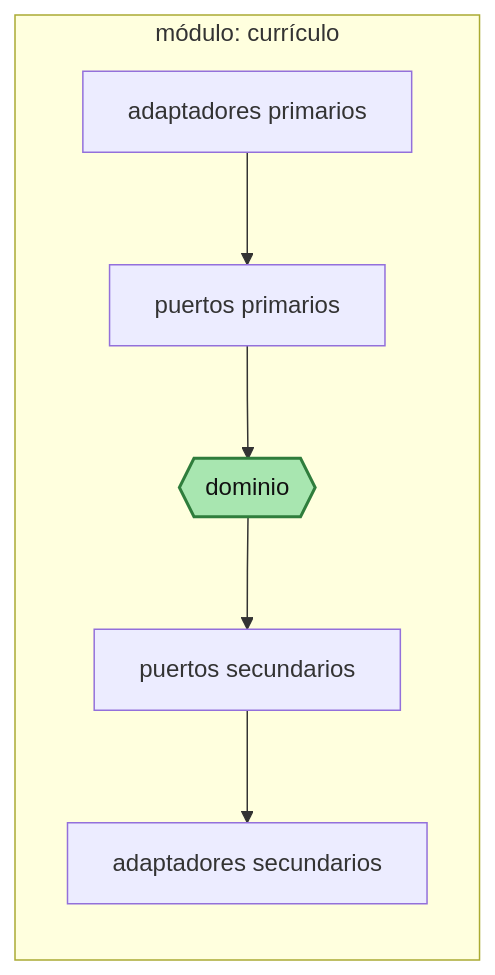
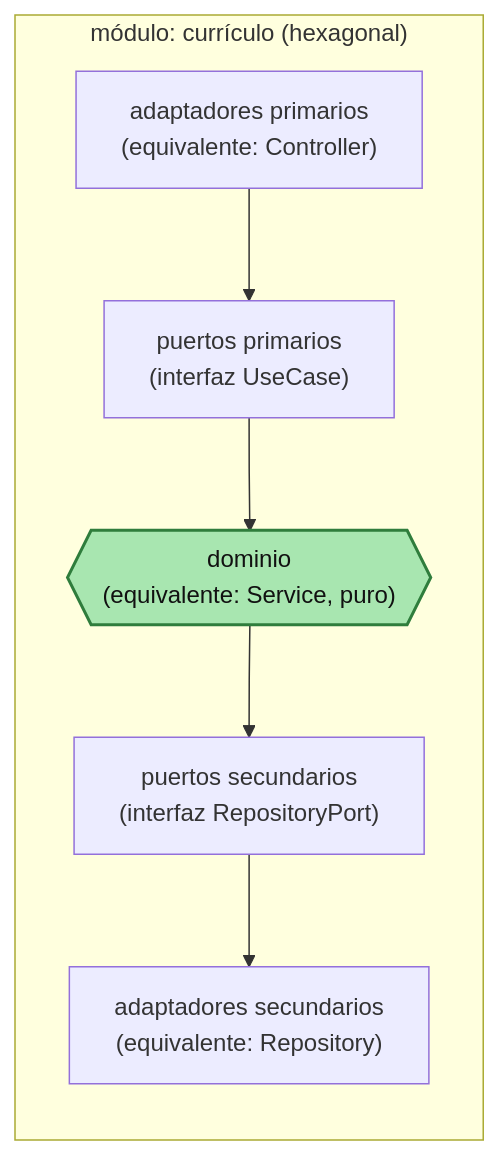
Before and after one commit to 262dist/pagatu: the fourth of 5 diagrams in docs/proyecto-sello/acad.md, drawn with Mermaid. The commit also changed other lines of this file, not shown here.

````diff
--- a/docs/proyecto-sello/acad.md
+++ b/docs/proyecto-sello/acad.md
@@ -223,13 +243,13 @@
 ```mermaid
 flowchart TB
-    subgraph MOD["módulo: currículo"]
+    subgraph MOD["módulo: currículo (hexagonal)"]
         direction TB
-        AP["adaptadores primarios"] --> PP["puertos primarios"]
-        PP --> DOM{{"dominio"}}
-        DOM --> PS["puertos secundarios"]
-        PS --> AS["adaptadores secundarios"]
+        AP["adaptadores primarios<br/>(equivalente: Controller)"] --> PP["puertos primarios<br/>(interfaz UseCase)"]
+        PP --> DOM{{"dominio<br/>(equivalente: Service, puro)"}}
+        DOM --> PS["puertos secundarios<br/>(interfaz RepositoryPort)"]
+        PS --> AS["adaptadores secundarios<br/>(equivalente: Repository)"]
     end
 
     classDef dominio fill:#a8e6b0,stroke:#2f7d3c,stroke-width:2px,color:#111;
     class DOM dominio;
 ```
````
